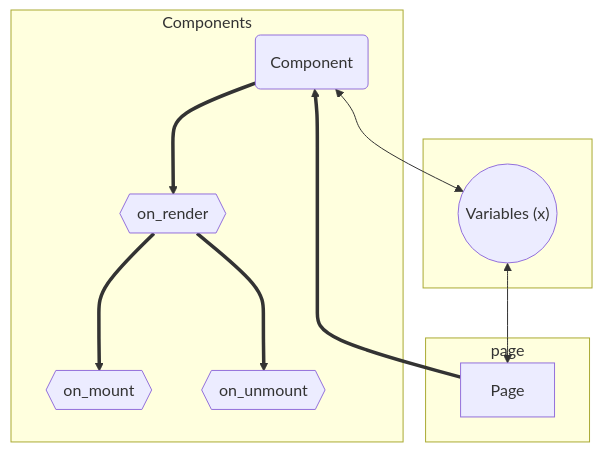
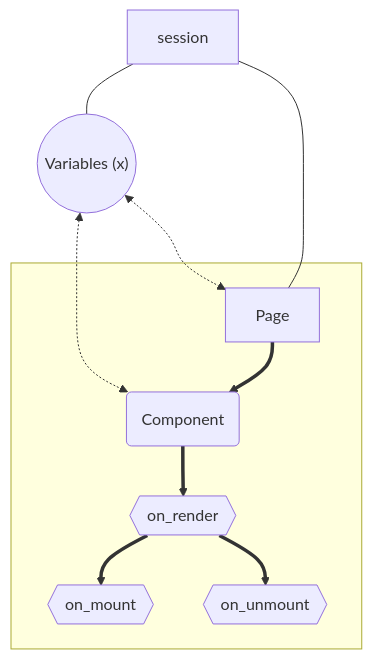
The diagram in Outline.md (PyNetic/PyNetic), drawn with Mermaid before and after one commit.

Commit message:
:memo: Update Diagram

````diff
--- a/Outline.md
+++ b/Outline.md
@@ -21,19 +21,16 @@
 ```mermaid
-flowchart TB
-  subgraph two [Components]
-  C(Component)
-  C ==> R{{on_render}}
-  R ==> M{{on_mount}}
-  R ==> U{{on_unmount}}
-
-  end
-  subgraph three [ ]
-  V(("Variables (x)"))
-  end
-  subgraph one [page]
-  P[Page]
-  V <--> P
-  P ==> C
-  C <--> V
-  end
+    flowchart
+        subgraph x [ ]
+        C ==> R{{on_render}}
+        R ==> M{{on_mount}}
+        R ==> U{{on_unmount}}
+        P[Page]
+        C(Component)
+        end
+        V <-.-> C & P
+        V(("Variables (x)"))
+        S[session]
+        P ==> C
+        S---V 
+        S --- P
 ```
````
